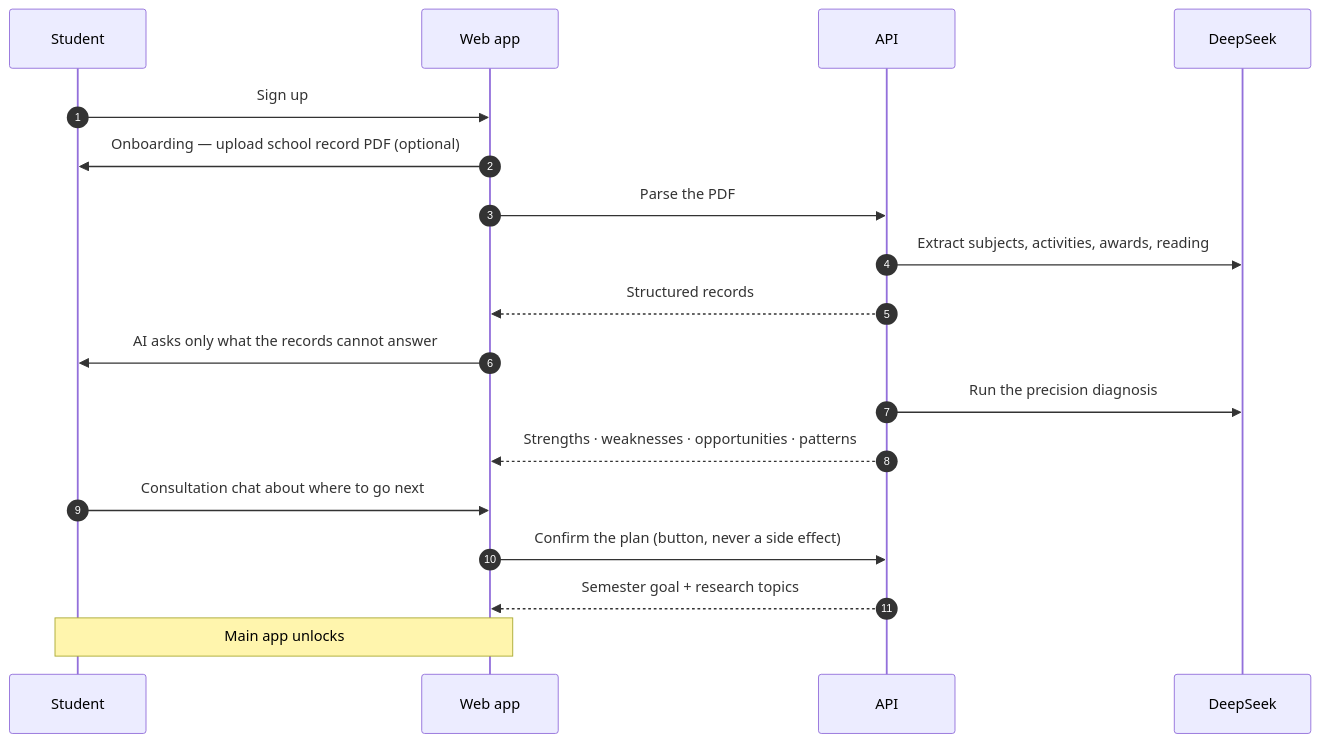
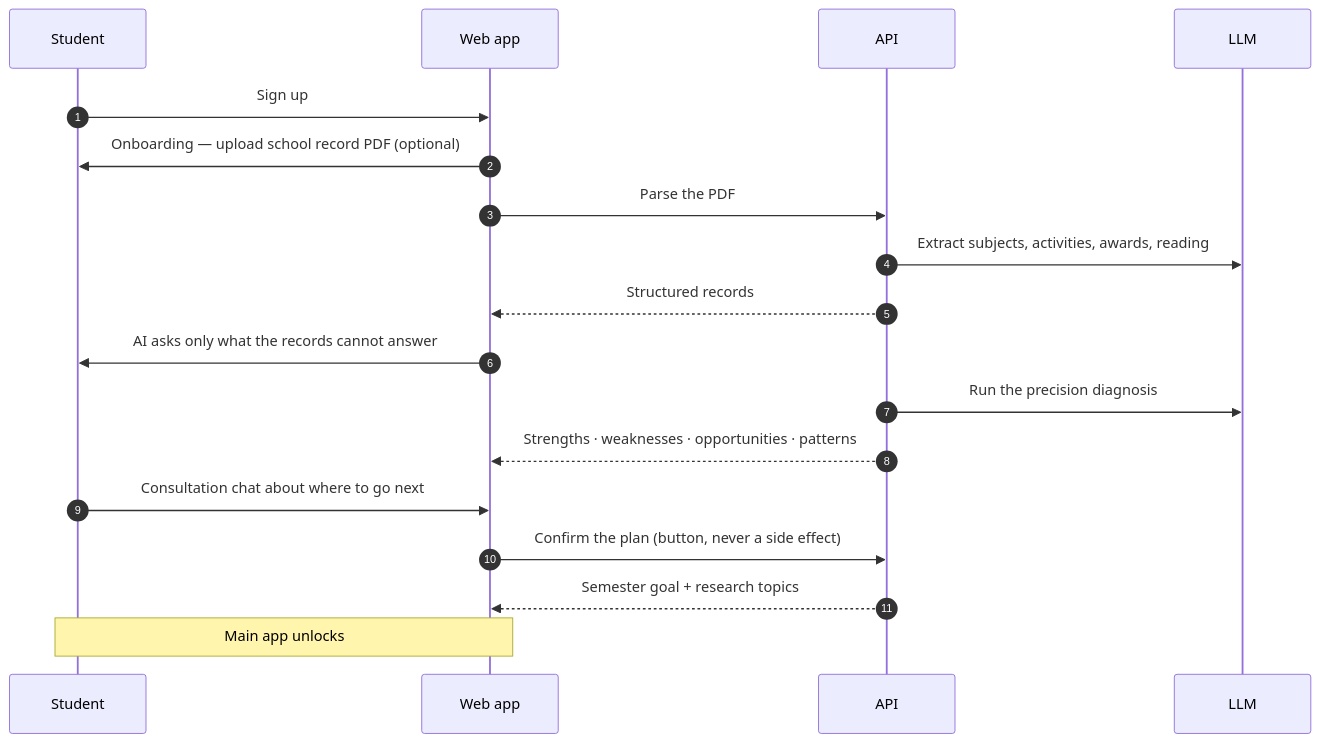
Before and after one commit to coldbootcp/seteuk-management-frontend: the second of 3 diagrams in README.md, drawn with Mermaid. The commit also changed other lines of this file, not shown here.

First line of the commit message:
README에서 내부 개발 규칙을 빼고 LLM 프로바이더 서술을 바로잡는다

````diff
--- a/README.md
+++ b/README.md
@@ -120,21 +120,21 @@
 ```mermaid
 sequenceDiagram
     autonumber
     participant S as Student
     participant W as Web app
     participant A as API
-    participant L as DeepSeek
+    participant L as LLM
 
     S->>W: Sign up
     W->>S: Onboarding — upload school record PDF (optional)
     W->>A: Parse the PDF
     A->>L: Extract subjects, activities, awards, reading
     A-->>W: Structured records
     W->>S: AI asks only what the records cannot answer
     A->>L: Run the precision diagnosis
     A-->>W: Strengths · weaknesses · opportunities · patterns
     S->>W: Consultation chat about where to go next
     W->>A: Confirm the plan (button, never a side effect)
     A-->>W: Semester goal + research topics
     Note over S,W: Main app unlocks
 ```
````
